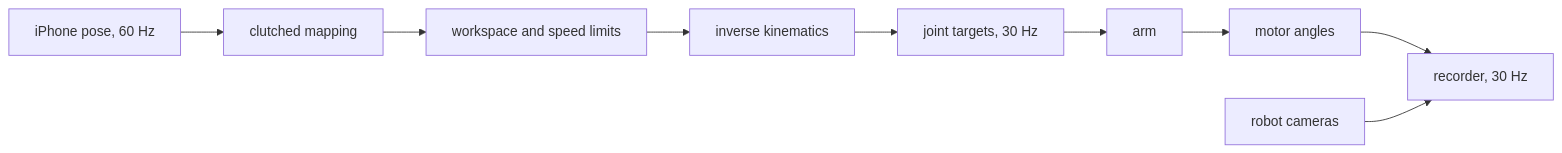
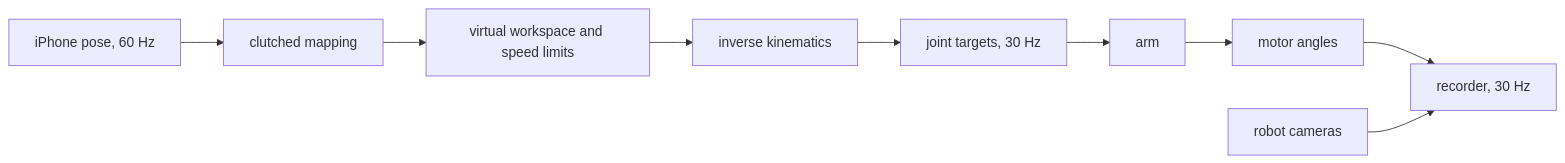
One commit to asEmbodiedAISyst/2026Autumn changed the diagram in 2026-autumn/module-03-arm-data-for-guided-interaction/09-teleoperation-by-streaming-from-asmagic.md. Above: the diagram before and after it, drawn with Mermaid. The commit also changed other lines of this file and 14 other files, not shown here.

````diff
--- a/2026-autumn/module-03-arm-data-for-guided-interaction/09-teleoperation-by-streaming-from-asmagic.md
+++ b/2026-autumn/module-03-arm-data-for-guided-interaction/09-teleoperation-by-streaming-from-asmagic.md
@@ -31,6 +31,6 @@
 ```mermaid
 flowchart LR
-    P[iPhone pose, 60 Hz] --> M[clutched mapping] --> L[workspace and speed limits] --> K[inverse kinematics] --> J[joint targets, 30 Hz] --> A[arm]
+    P[iPhone pose, 60 Hz] --> M[clutched mapping] --> L[virtual workspace and speed limits] --> K[inverse kinematics] --> J[joint targets, 30 Hz] --> A[arm]
     A --> S[motor angles] --> R[recorder, 30 Hz]
     C[robot cameras] --> R
 ```
````
